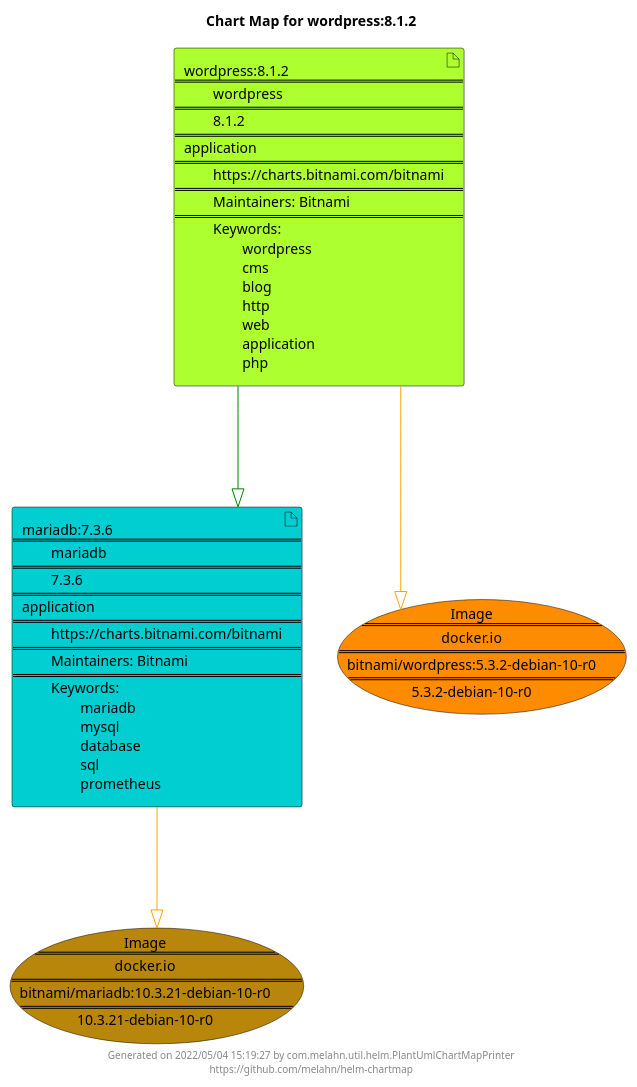
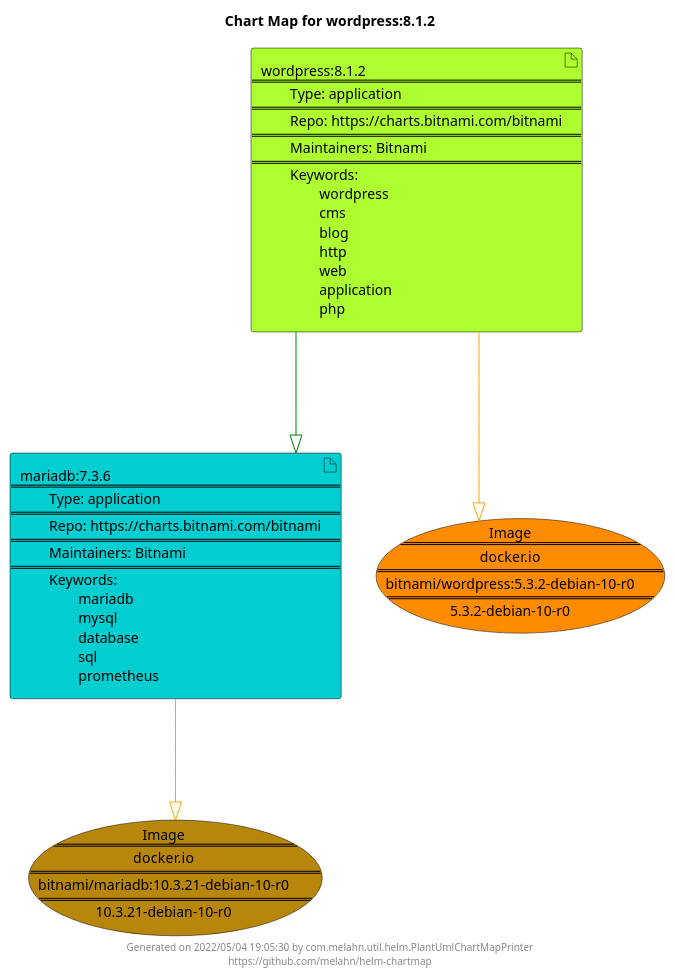
One commit to melahn/helm-chartmap changed the diagram in docs/wordpress/wordpress-8.1.2.puml. Above: the diagram before and after it, drawn with PlantUML. The commit also changed 54 other files, not shown here.

Commit message:
Update Example Chart Maps as part of GitHub build

```diff
--- a/docs/wordpress/wordpress-8.1.2.puml
+++ b/docs/wordpress/wordpress-8.1.2.puml
@@ -1,25 +1,25 @@
 @startuml
 skinparam linetype ortho
 skinparam backgroundColor white
 skinparam usecaseBorderColor black
 skinparam usecaseArrowColor LightSlateGray
 skinparam artifactBorderColor black
 skinparam artifactArrowColor LightSlateGray
 
 title Chart Map for wordpress:8.1.2
 
 'There are 2 referenced Helm Charts
-artifact "mariadb:7.3.6\n====\n\tmariadb\n====\n\t7.3.6\n====\napplication\n====\n\thttps://charts.bitnami.com/bitnami\n====\n\tMaintainers: Bitnami\n====\n\tKeywords: \n\t\tmariadb\n\t\tmysql\n\t\tdatabase\n\t\tsql\n\t\tprometheus" as mariadb_7_3_6 #DarkTurquoise
-artifact "wordpress:8.1.2\n====\n\twordpress\n====\n\t8.1.2\n====\napplication\n====\n\thttps://charts.bitnami.com/bitnami\n====\n\tMaintainers: Bitnami\n====\n\tKeywords: \n\t\twordpress\n\t\tcms\n\t\tblog\n\t\thttp\n\t\tweb\n\t\tapplication\n\t\tphp" as wordpress_8_1_2 #GreenYellow
+artifact "mariadb:7.3.6\n====\n\tType: application\n====\n\tRepo: https://charts.bitnami.com/bitnami\n====\n\tMaintainers: Bitnami\n====\n\tKeywords: \n\t\tmariadb\n\t\tmysql\n\t\tdatabase\n\t\tsql\n\t\tprometheus" as mariadb_7_3_6 #DarkTurquoise
+artifact "wordpress:8.1.2\n====\n\tType: application\n====\n\tRepo: https://charts.bitnami.com/bitnami\n====\n\tMaintainers: Bitnami\n====\n\tKeywords: \n\t\twordpress\n\t\tcms\n\t\tblog\n\t\thttp\n\t\tweb\n\t\tapplication\n\t\tphp" as wordpress_8_1_2 #GreenYellow
 
 'There are 2 referenced Docker Images
 usecase "Image\n====\ndocker.io\n====\nbitnami/mariadb:10.3.21-debian-10-r0\n====\n10.3.21-debian-10-r0" as docker_io_bitnami_mariadb_10_3_21_debian_10_r0 #DarkGoldenRod
 usecase "Image\n====\ndocker.io\n====\nbitnami/wordpress:5.3.2-debian-10-r0\n====\n5.3.2-debian-10-r0" as docker_io_bitnami_wordpress_5_3_2_debian_10_r0 #Darkorange
 
 'Chart Dependencies
 wordpress_8_1_2--[#green]-|>mariadb_7_3_6
 mariadb_7_3_6--[#orange]-|>docker_io_bitnami_mariadb_10_3_21_debian_10_r0
 wordpress_8_1_2--[#orange]-|>docker_io_bitnami_wordpress_5_3_2_debian_10_r0
 
-center footer Generated on 2022/05/04 15:19:27 by com.melahn.util.helm.PlantUmlChartMapPrinter\nhttps://github.com/melahn/helm-chartmap
+center footer Generated on 2022/05/04 19:05:30 by com.melahn.util.helm.PlantUmlChartMapPrinter\nhttps://github.com/melahn/helm-chartmap
 @enduml
```
